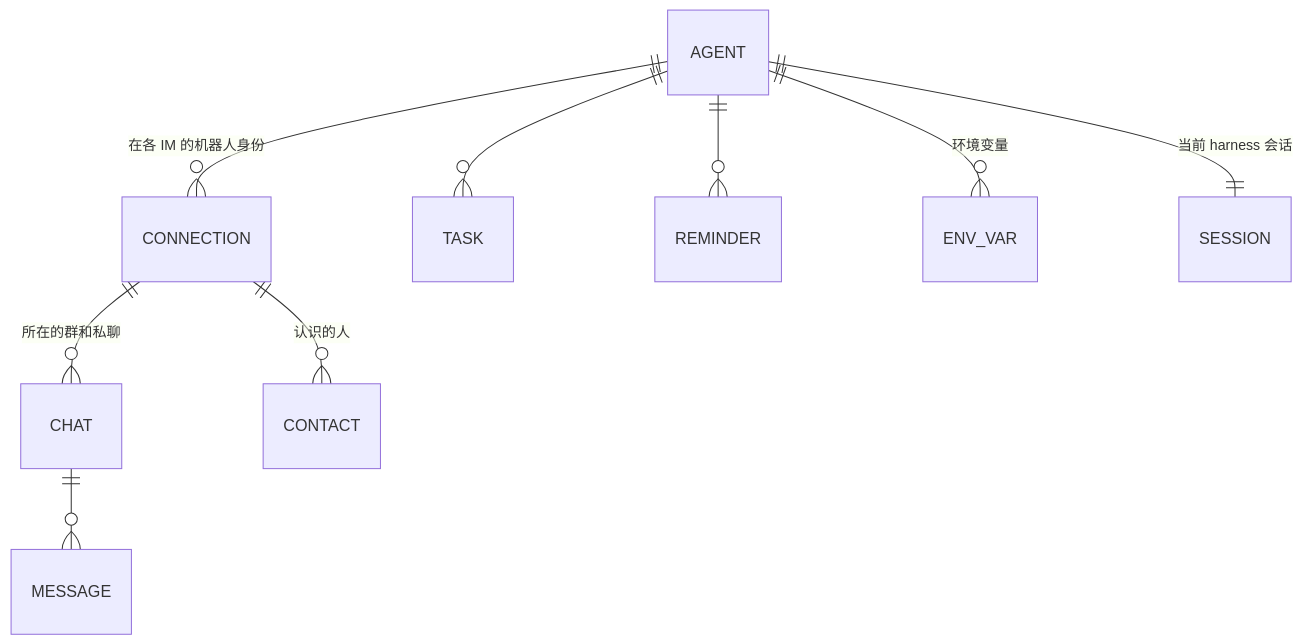
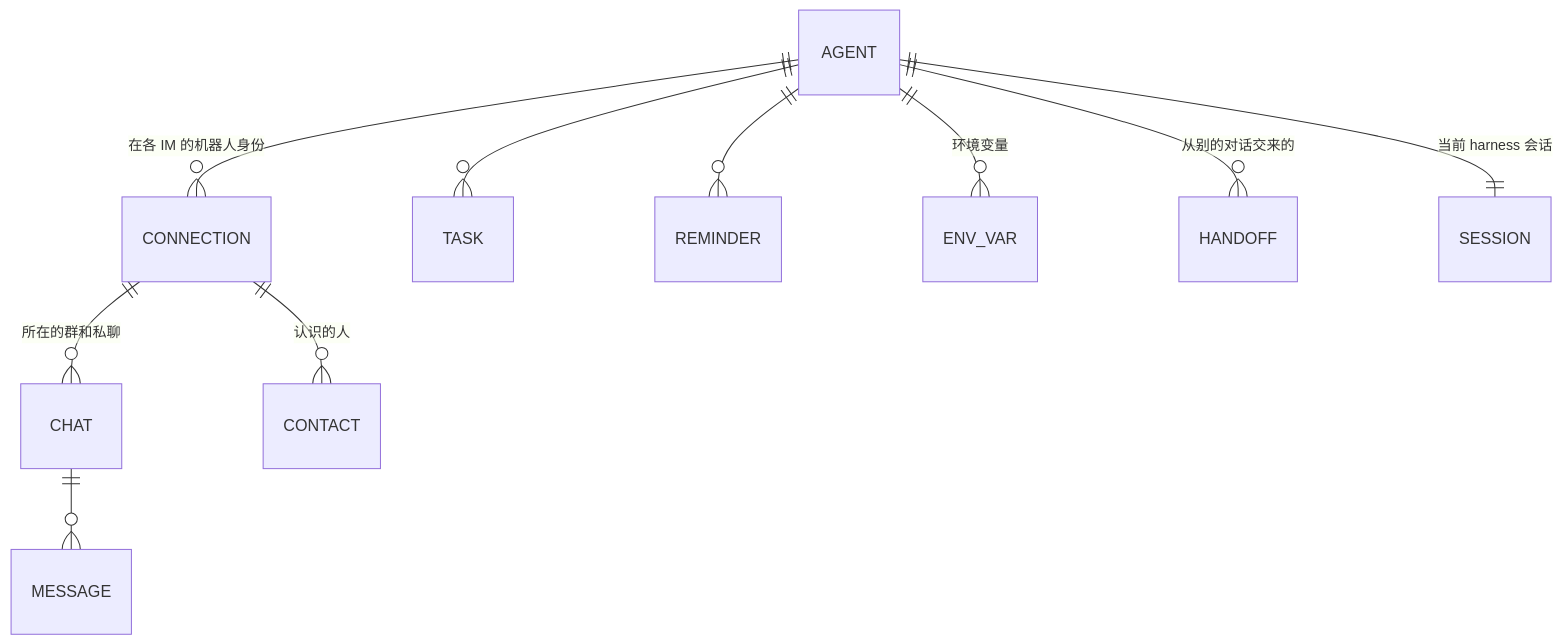
One commit to Katzeee/Mingle changed the first of 5 diagrams in docs/spec.md. Above: the diagram before and after it, drawn with Mermaid. The commit also changed other lines of this file and 18 other files, not shown here.

````diff
--- a/docs/spec.md
+++ b/docs/spec.md
@@ -70,11 +70,12 @@
 ```mermaid
 erDiagram
   AGENT ||--o{ CONNECTION : "在各 IM 的机器人身份"
   CONNECTION ||--o{ CHAT : "所在的群和私聊"
   CONNECTION ||--o{ CONTACT : "认识的人"
   CHAT ||--o{ MESSAGE : ""
   AGENT ||--o{ TASK : ""
   AGENT ||--o{ REMINDER : ""
   AGENT ||--o{ ENV_VAR : "环境变量"
+  AGENT ||--o{ HANDOFF : "从别的对话交来的"
   AGENT ||--|| SESSION : "当前 harness 会话"
 ```
````
